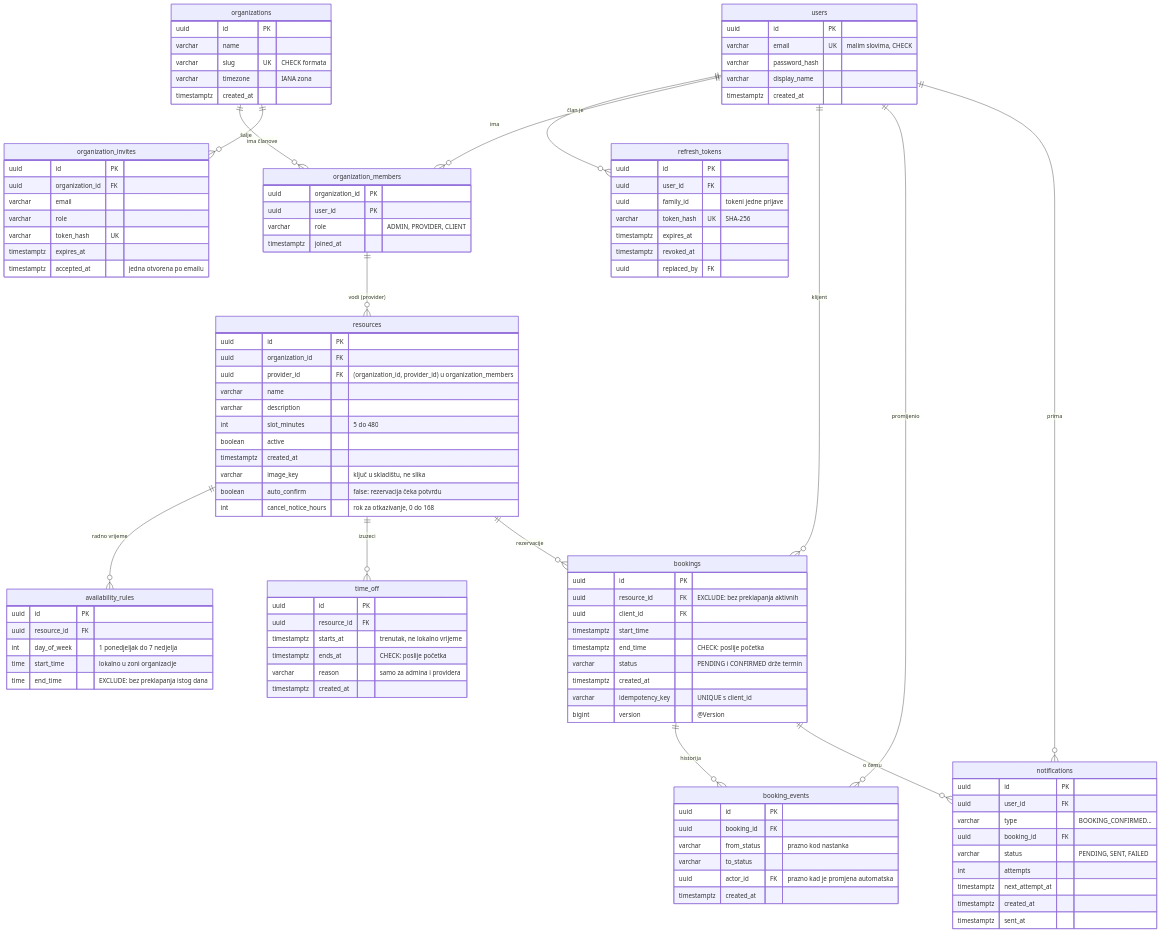
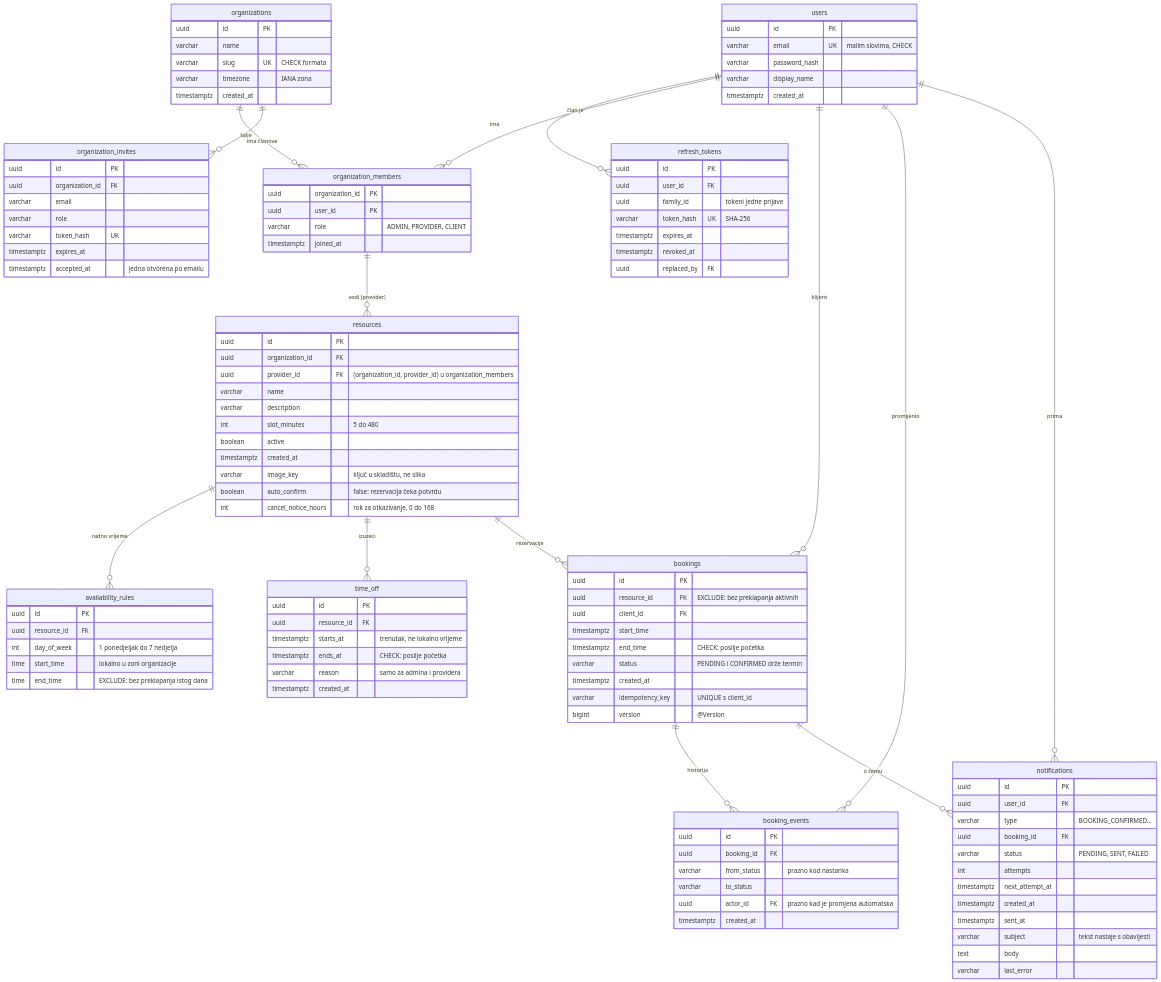
The third of 3 diagrams in docs/ARHITEKTURA.md (eminahbabovich/SlotBook), drawn with Mermaid before and after one commit. The commit also changed other lines of this file and 21 other files, not shown here.

```diff
--- a/docs/ARHITEKTURA.md
+++ b/docs/ARHITEKTURA.md
@@ -172,6 +172,9 @@
         timestamptz next_attempt_at
         timestamptz created_at
         timestamptz sent_at
+        varchar subject "tekst nastaje s obavijesti"
+        text body
+        varchar last_error
     }
     booking_events {
         uuid id PK
```
